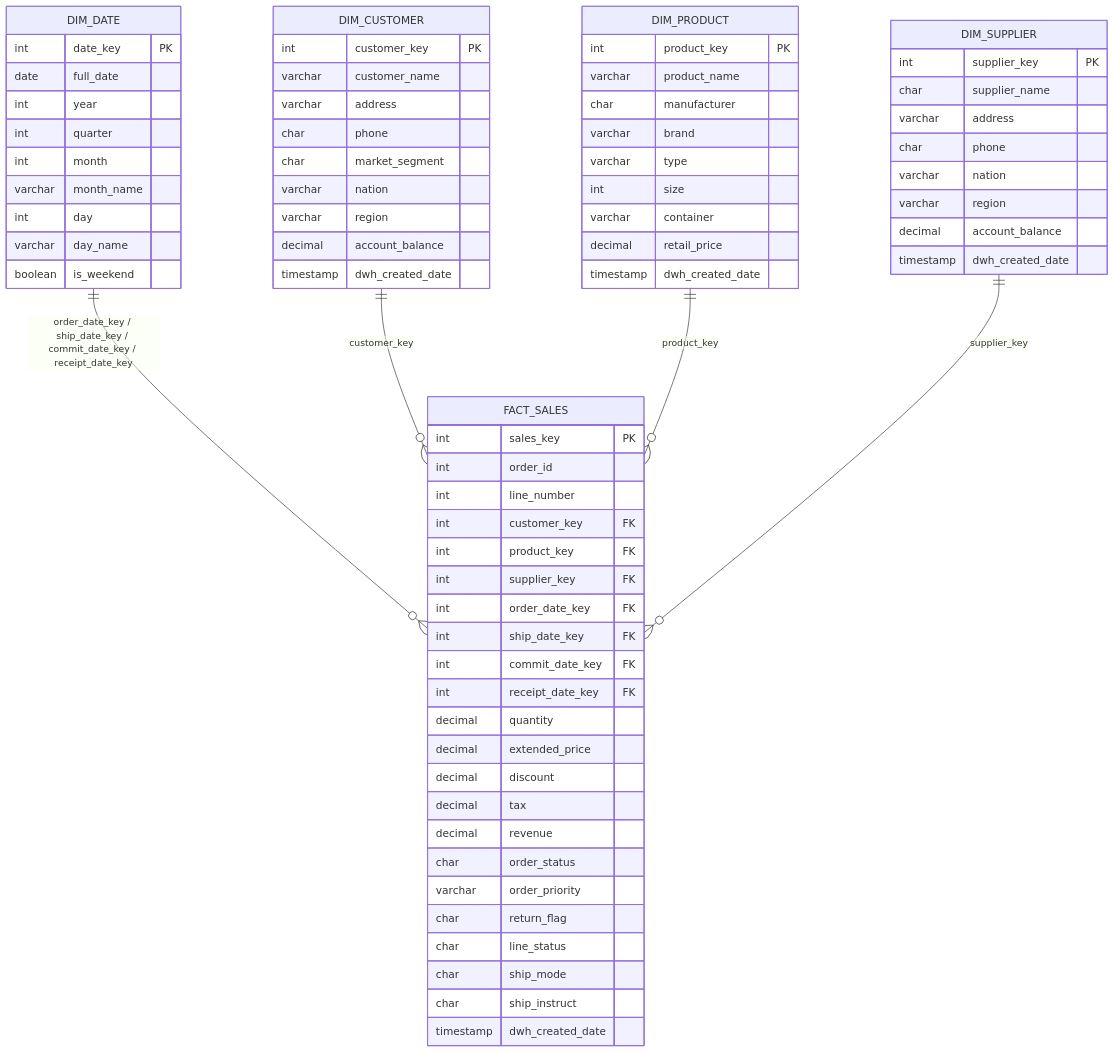
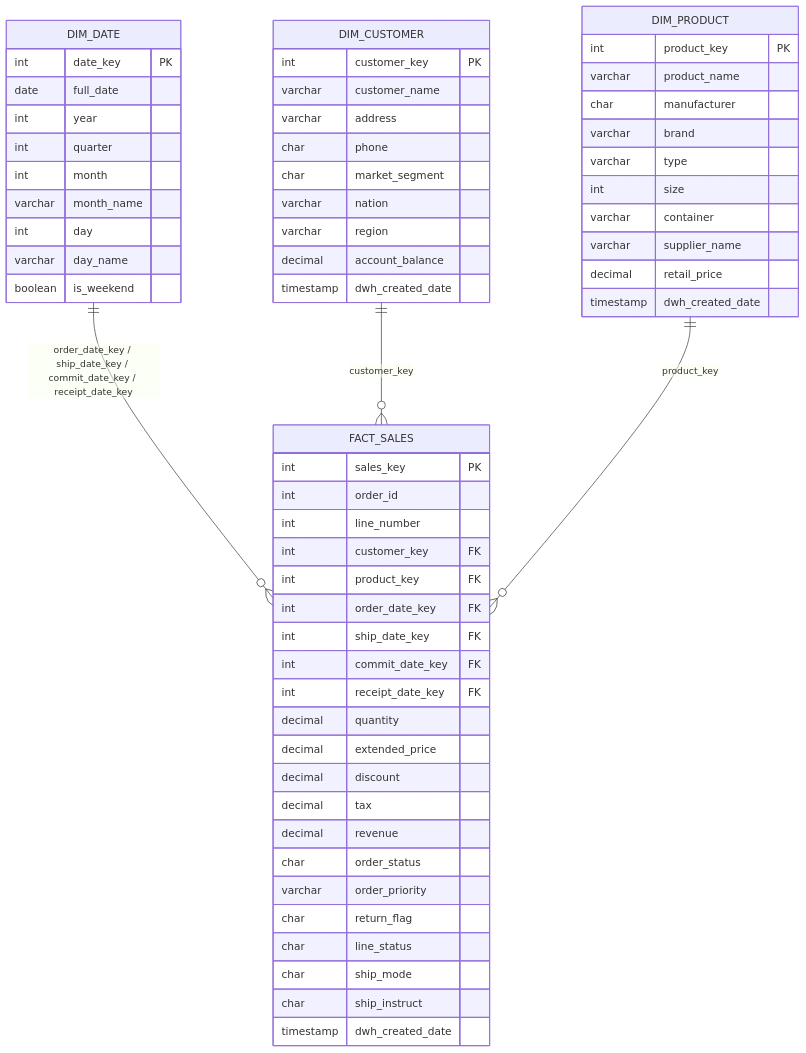
One commit to CaletOrtiz/sql-datawarehouse-project changed the diagram in docs/erd_oro.md. Above: the diagram before and after it, drawn with Mermaid. The commit also changed other lines of this file and 5 other files, not shown here.

Commit message:
Remove dim_supplier; supplier name moved into dim_product

````diff
--- a/docs/erd_oro.md
+++ b/docs/erd_oro.md
@@ -3,75 +3,64 @@
 ```mermaid
 erDiagram
     DIM_DATE ||--o{ FACT_SALES : "order_date_key / ship_date_key / commit_date_key / receipt_date_key"
     DIM_CUSTOMER ||--o{ FACT_SALES : "customer_key"
     DIM_PRODUCT ||--o{ FACT_SALES : "product_key"
-    DIM_SUPPLIER ||--o{ FACT_SALES : "supplier_key"
 
     FACT_SALES {
         int sales_key PK
         int order_id
         int line_number
         int customer_key FK
         int product_key FK
-        int supplier_key FK
         int order_date_key FK
         int ship_date_key FK
         int commit_date_key FK
         int receipt_date_key FK
         decimal quantity
         decimal extended_price
         decimal discount
         decimal tax
         decimal revenue
         char order_status
         varchar order_priority
         char return_flag
         char line_status
         char ship_mode
         char ship_instruct
         timestamp dwh_created_date
     }
     DIM_DATE {
         int date_key PK
         date full_date
         int year
         int quarter
         int month
         varchar month_name
         int day
         varchar day_name
         boolean is_weekend
     }
     DIM_CUSTOMER {
         int customer_key PK
         varchar customer_name
         varchar address
         char phone
         char market_segment
         varchar nation
         varchar region
         decimal account_balance
         timestamp dwh_created_date
     }
     DIM_PRODUCT {
         int product_key PK
         varchar product_name
         char manufacturer
         varchar brand
         varchar type
         int size
         varchar container
+        varchar supplier_name
         decimal retail_price
         timestamp dwh_created_date
     }
-    DIM_SUPPLIER {
-        int supplier_key PK
-        char supplier_name
-        varchar address
-        char phone
-        varchar nation
-        varchar region
-        decimal account_balance
-        timestamp dwh_created_date
-    }
 ```
````
